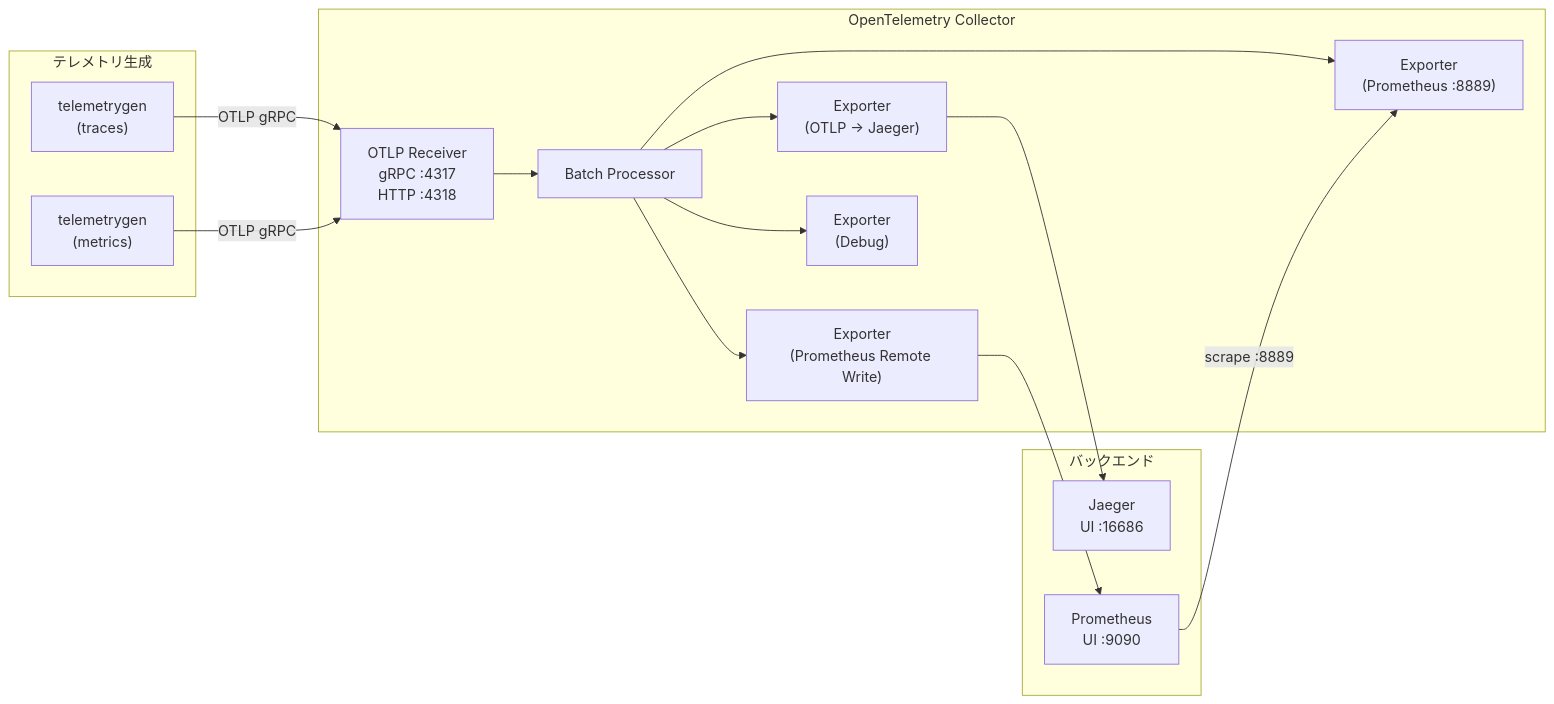
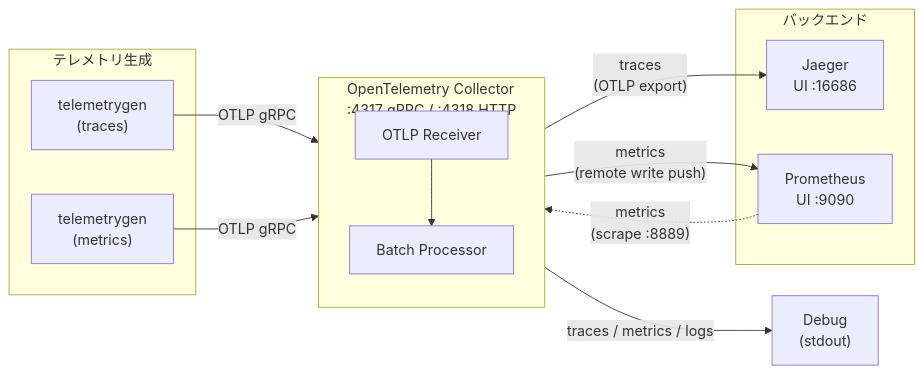
Before and after one commit to ks6088ts/template-terraform: the diagram in infra/scenarios/azure_kubernetes_playground/src/README.md, drawn with Mermaid.

Commit message:
#file:src で書かれたサービスアーキテクチャや利用方法に関する README を書いて --- アーキテクチャ図は本当に正しい？

````diff
--- a/infra/scenarios/azure_kubernetes_playground/src/README.md
+++ b/infra/scenarios/azure_kubernetes_playground/src/README.md
@@ -7,31 +7,27 @@
 ```mermaid
 flowchart LR
     subgraph Generators["テレメトリ生成"]
         GenTraces["telemetrygen<br/>(traces)"]
         GenMetrics["telemetrygen<br/>(metrics)"]
     end
 
-    subgraph Collector["OpenTelemetry Collector"]
-        OTLP_IN["OTLP Receiver<br/>gRPC :4317<br/>HTTP :4318"]
+    subgraph Collector["OpenTelemetry Collector<br/>:4317 gRPC / :4318 HTTP"]
+        direction TB
+        OTLP_IN["OTLP Receiver"]
         Batch["Batch Processor"]
-        EXP_Jaeger["Exporter<br/>(OTLP → Jaeger)"]
-        EXP_Prom["Exporter<br/>(Prometheus :8889)"]
-        EXP_PromRW["Exporter<br/>(Prometheus Remote Write)"]
-        EXP_Debug["Exporter<br/>(Debug)"]
+        OTLP_IN --> Batch
     end
 
     subgraph Backends["バックエンド"]
         Jaeger["Jaeger<br/>UI :16686"]
         Prometheus["Prometheus<br/>UI :9090"]
     end
 
     GenTraces -- "OTLP gRPC" --> OTLP_IN
     GenMetrics -- "OTLP gRPC" --> OTLP_IN
-    OTLP_IN --> Batch
-    Batch --> EXP_Jaeger --> Jaeger
-    Batch --> EXP_Prom
-    Batch --> EXP_PromRW --> Prometheus
-    Batch --> EXP_Debug
 
-    Prometheus -- "scrape :8889" --> EXP_Prom
+    Batch -- "traces<br/>(OTLP export)" --> Jaeger
+    Batch -- "metrics<br/>(remote write push)" --> Prometheus
+    Prometheus -. "metrics<br/>(scrape :8889)" .-> Batch
+    Batch -- "traces / metrics / logs" --> Debug["Debug<br/>(stdout)"]
 ```
````
